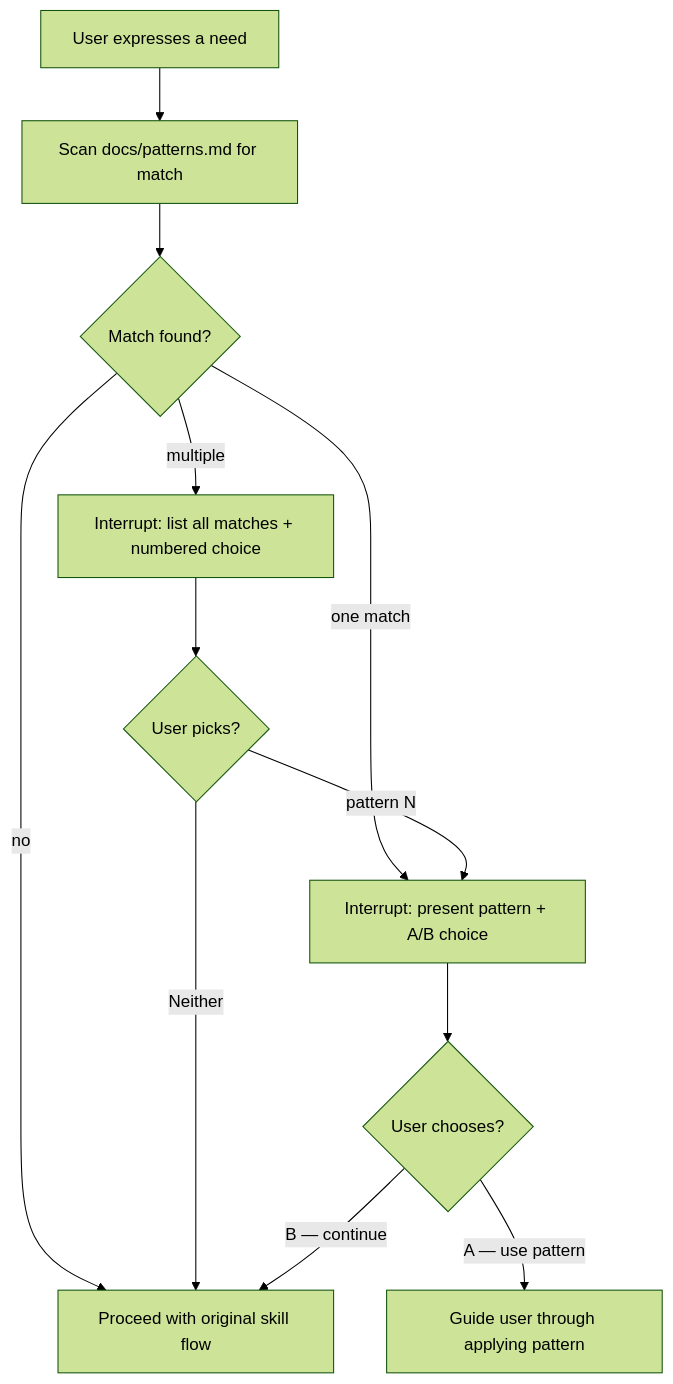
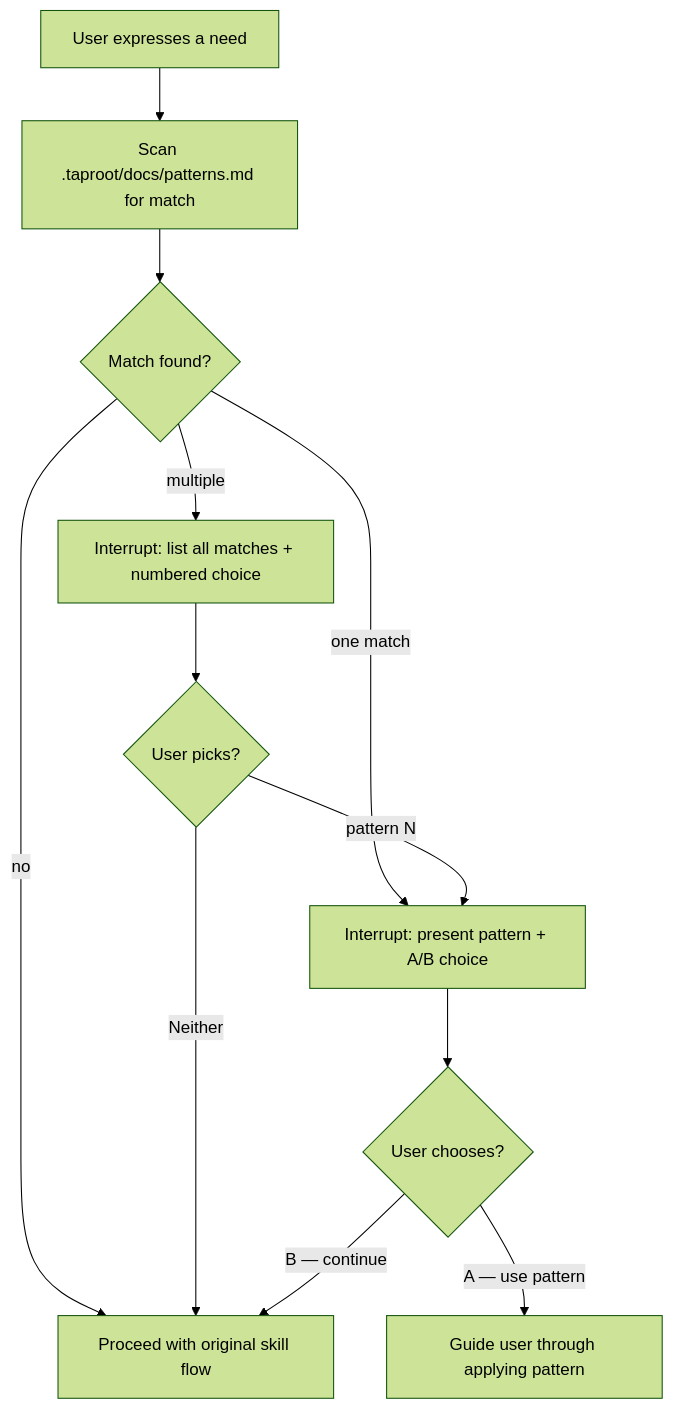
Before and after one commit to imix/taproot: the diagram in taproot/human-integration/pattern-hints/usecase.md, drawn with Mermaid (forest theme). The commit also changed other lines of this file and 10 other files, not shown here.

Commit message:
taproot(human-integration/pattern-hints/agent-skill): update pattern check path to .taproot/docs/patterns.md

````diff
--- a/taproot/human-integration/pattern-hints/usecase.md
+++ b/taproot/human-integration/pattern-hints/usecase.md
@@ -65,14 +65,14 @@
 ```mermaid
 flowchart TD
-    A[User expresses a need] --> B[Scan docs/patterns.md for match]
+    A[User expresses a need] --> B[Scan .taproot/docs/patterns.md for match]
     B --> C{Match found?}
     C -->|no| D[Proceed with original skill flow]
     C -->|one match| E[Interrupt: present pattern + A/B choice]
     C -->|multiple| F[Interrupt: list all matches + numbered choice]
     F --> G{User picks?}
     G -->|pattern N| E
     G -->|Neither| D
     E --> H{User chooses?}
     H -->|A — use pattern| I[Guide user through applying pattern]
     H -->|B — continue| D
 ```
````
